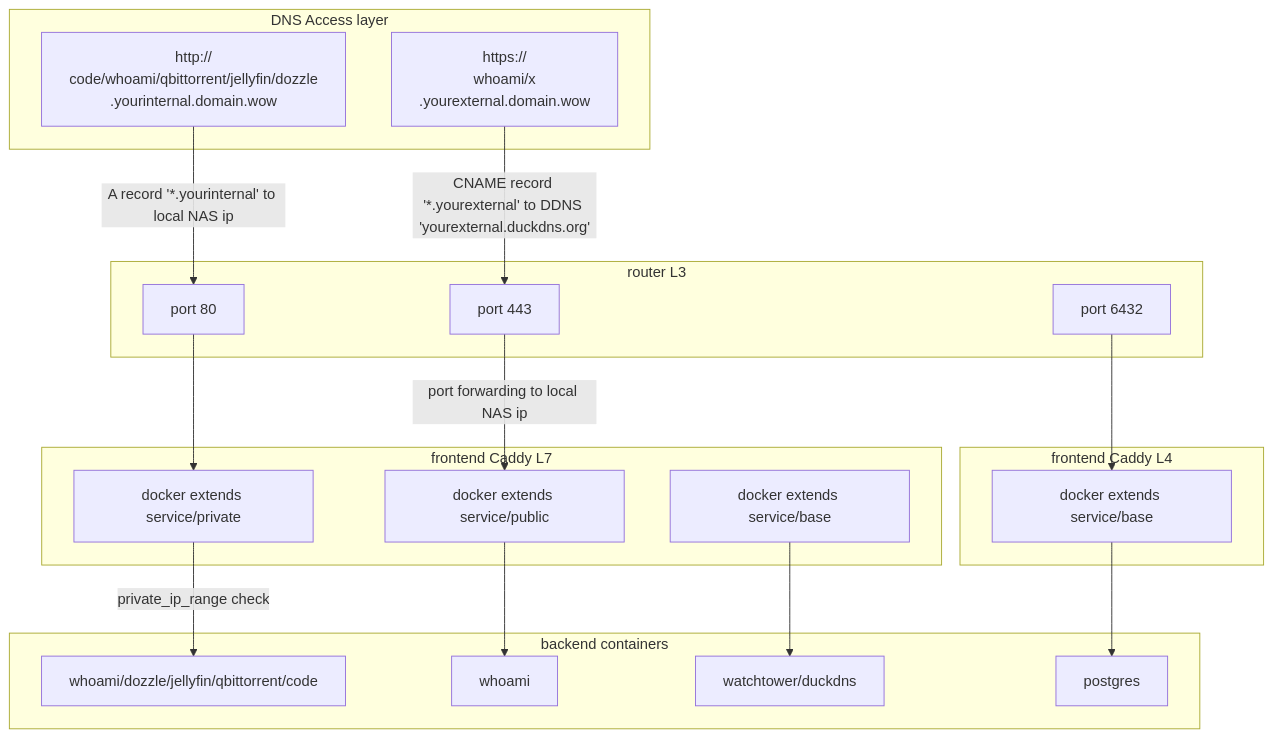
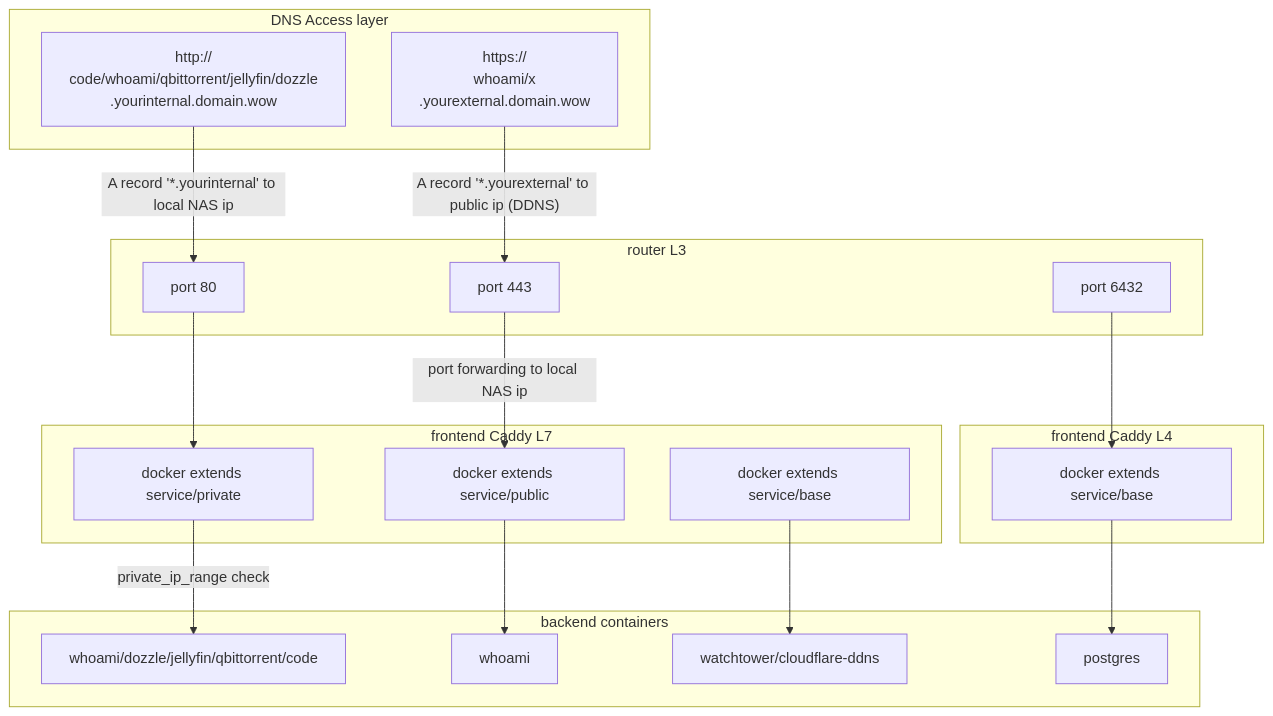
Before and after one commit to erwinkramer/synology-nas-bootstrapper: the diagram in README.md, drawn with Mermaid. The commit also changed other lines of this file and 5 other files, not shown here.

Commit message:
duckdns to cloudflare

````diff
--- a/README.md
+++ b/README.md
@@ -14,48 +14,48 @@
 ```mermaid
 flowchart TD
 
 subgraph access[DNS Access layer]
 privateservices[http://
 code/whoami/qbittorrent/jellyfin/dozzle
 .yourinternal.domain.wow
 ]
 externalservices[https://
 whoami/x
 .yourexternal.domain.wow
 ]
 end
 
 subgraph router L3
 6432[port 6432]
 80[port 80]
 443[port 443]
 end
 
 subgraph cr7[frontend Caddy L7]
 extendspe[docker extends service/private]
 extendspub[docker extends service/public]
 
 extendscr7[docker extends service/base]
 end
 
 subgraph cr4[frontend Caddy L4]
 extendscr4[docker extends service/base]
 end
 
 subgraph cm[backend containers]
-int[watchtower/duckdns]
+int[watchtower/cloudflare-ddns]
 postgres
 ext[whoami]
 prv[whoami/dozzle/jellyfin/qbittorrent/code]
 end
 
 privateservices -- A record '*.yourinternal' to local NAS ip  --> 80 --> extendspe
 
 6432 --> extendscr4
-externalservices -- CNAME record '*.yourexternal' to DDNS 'yourexternal.duckdns.org' --> 443 -- port forwarding to local NAS ip --> extendspub
+externalservices -- A record '*.yourexternal' to public ip (DDNS) --> 443 -- port forwarding to local NAS ip --> extendspub
 extendscr7 --> int
 extendscr4 --> postgres
 
 extendspub --> ext
 extendspe -- private_ip_range check -->prv
 ```
````
